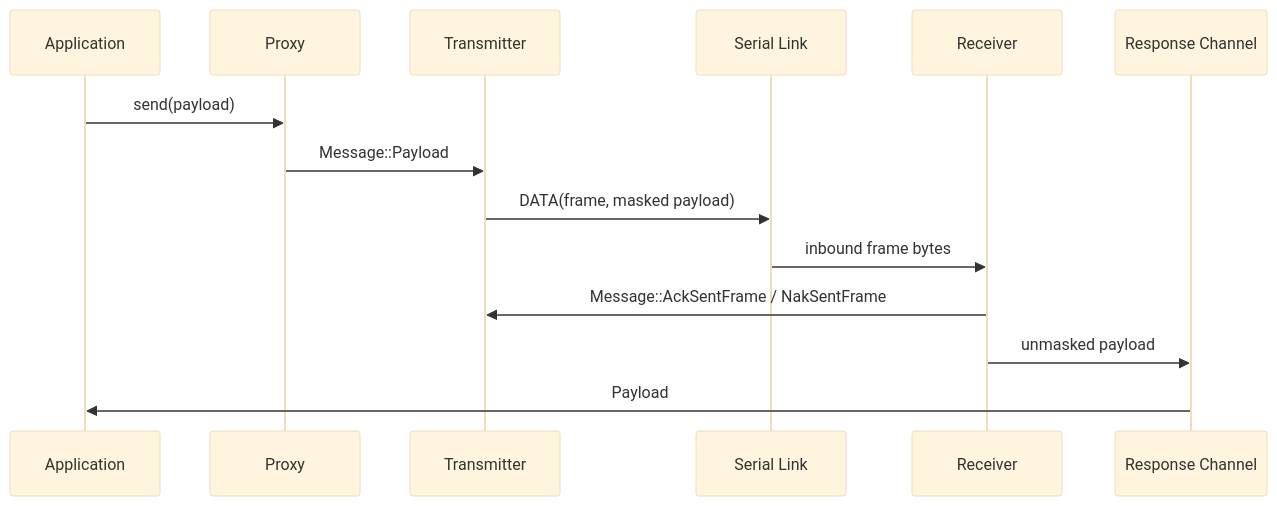
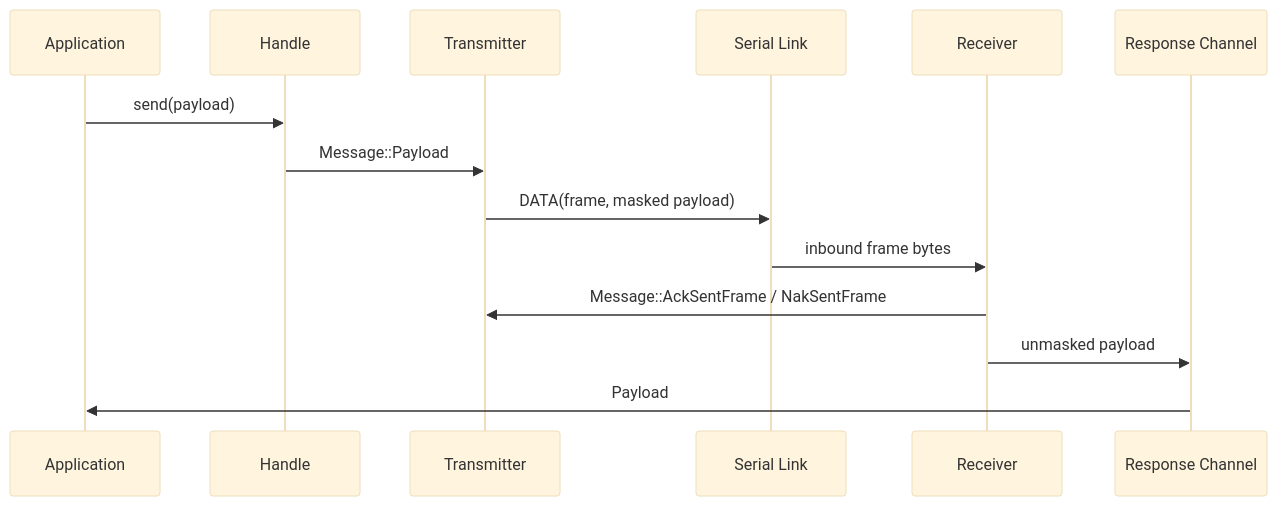
One commit to PaulmannLighting/ashv2 changed the third of 3 diagrams in ARCHITECTURE.md. Above: the diagram before and after it, drawn with Mermaid (base theme). The commit also changed other lines of this file and 5 other files, not shown here.

````diff
--- a/ARCHITECTURE.md
+++ b/ARCHITECTURE.md
@@ -101,17 +101,17 @@
 ```mermaid
 sequenceDiagram
     participant A as Application
-    participant P as Proxy
+    participant H as Handle
     participant T as Transmitter
     participant S as Serial Link
     participant R as Receiver
     participant Q as Response Channel
 
-    A->>P: send(payload)
-    P->>T: Message::Payload
+    A->>H: send(payload)
+    H->>T: Message::Payload
     T->>S: DATA(frame, masked payload)
     S->>R: inbound frame bytes
     R->>T: Message::AckSentFrame / NakSentFrame
     R->>Q: unmasked payload
     Q->>A: Payload
 ```
````
